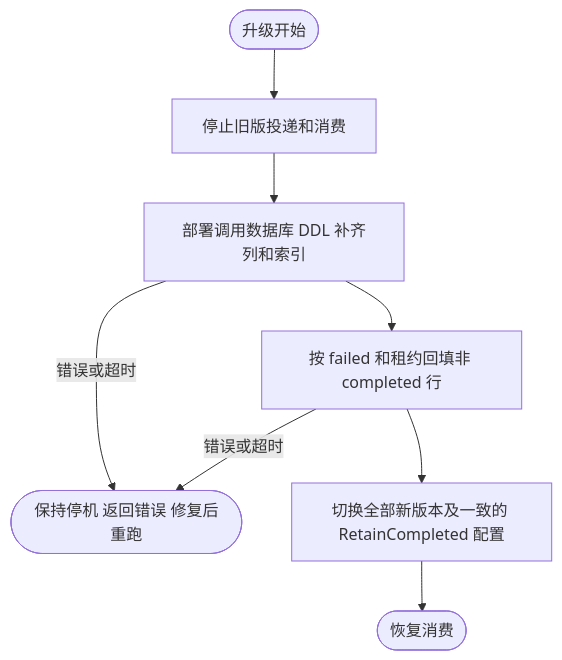
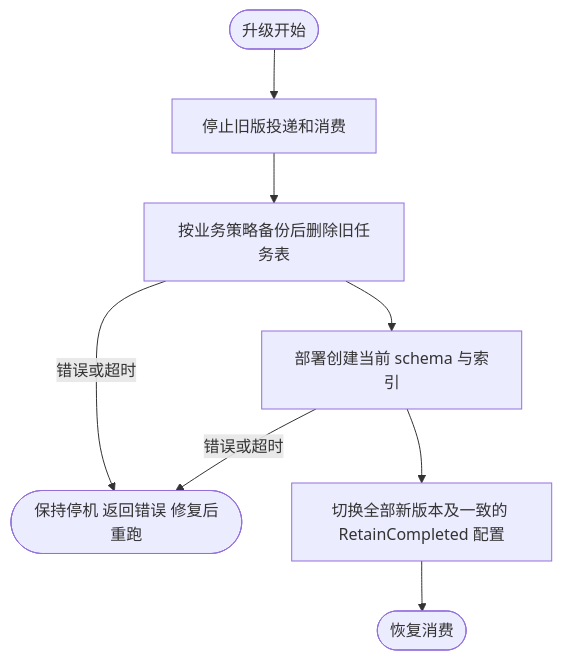
Before and after one commit to jaggerzhuang1994/kratos-foundation: the third of 4 diagrams in contrib/queue/database/gorm/README.md, drawn with Mermaid. The commit also changed other lines of this file and 122 other files, not shown here.

````diff
--- a/contrib/queue/database/gorm/README.md
+++ b/contrib/queue/database/gorm/README.md
@@ -72,9 +71,9 @@
 ```mermaid
 flowchart TD
     A([升级开始]) --> B[停止旧版投递和消费]
-    B --> C[部署调用数据库 DDL 补齐列和索引]
-    C --> D[按 failed 和租约回填非 completed 行]
+    B --> C[按业务策略备份后删除旧任务表]
+    C --> D[部署创建当前 schema 与索引]
     C & D -- 错误或超时 --> E([保持停机 返回错误 修复后重跑])
     D --> F[切换全部新版本及一致的 RetainCompleted 配置]
     F --> G([恢复消费])
 ```
````
